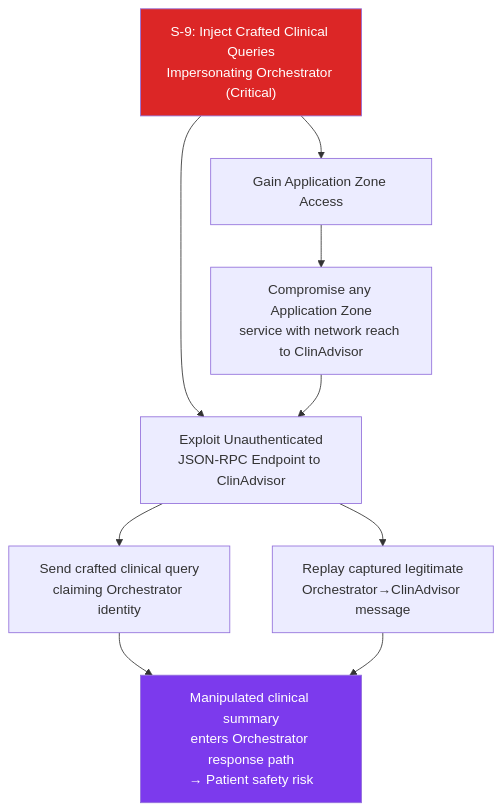
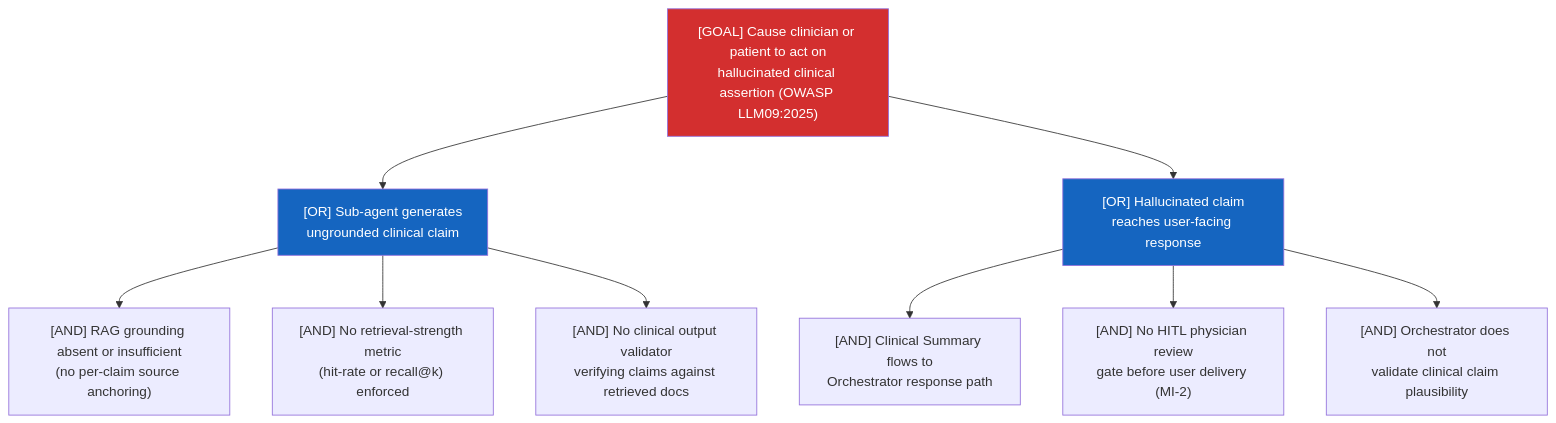
The sixth of 8 diagrams in examples/agentic-app/sample-report/threat-report.md (q-qp-p/davidmatousek-tachi), drawn with Mermaid before and after one commit. The commit also changed other lines of this file and 132 other files, not shown here.

````diff
--- a/examples/agentic-app/sample-report/threat-report.md
+++ b/examples/agentic-app/sample-report/threat-report.md
@@ -488,15 +269,17 @@
 ```mermaid
 graph TD
-    S9_root["S-9: Inject Crafted Clinical Queries\nImpersonating Orchestrator (Critical)"]:::critical
-    S9_root --> S9_a["Gain Application Zone Access"]
-    S9_root --> S9_b["Exploit Unauthenticated\nJSON-RPC Endpoint to ClinAdvisor"]
-    S9_a --> S9_a1["Compromise any Application Zone\nservice with network reach to ClinAdvisor"]
-    S9_b --> S9_b1["Send crafted clinical query\nclaiming Orchestrator identity"]
-    S9_b --> S9_b2["Replay captured legitimate\nOrchestrator→ClinAdvisor message"]
-    S9_b1 --> S9_impact["Manipulated clinical summary\nenters Orchestrator response path\n→ Patient safety risk"]:::impact
-    S9_b2 --> S9_impact
-    S9_a1 --> S9_b
+    Goal["[GOAL] Cause clinician or patient to act on\nhallucinated clinical assertion (OWASP LLM09:2025)"]
+    Goal --> A["[OR] Sub-agent generates\nungrounded clinical claim"]
+    A --> A1["[AND] RAG grounding absent or insufficient\n(no per-claim source anchoring)"]
+    A --> A2["[AND] No retrieval-strength metric\n(hit-rate or recall@k) enforced"]
+    A --> A3["[AND] No clinical output validator\nverifying claims against retrieved docs"]
+    Goal --> B["[OR] Hallucinated claim\nreaches user-facing response"]
+    B --> B1["[AND] Clinical Summary flows to\nOrchestrator response path"]
+    B --> B2["[AND] No HITL physician review\ngate before user delivery (MI-2)"]
+    B --> B3["[AND] Orchestrator does not\nvalidate clinical claim plausibility"]
 
-    classDef critical fill:#DC2626,color:#fff
-    classDef impact fill:#7C3AED,color:#fff
+    classDef critical fill:#d32f2f,color:#fff
+    classDef action fill:#1565c0,color:#fff
+    class Goal critical
+    class A,B action
 ```
````
